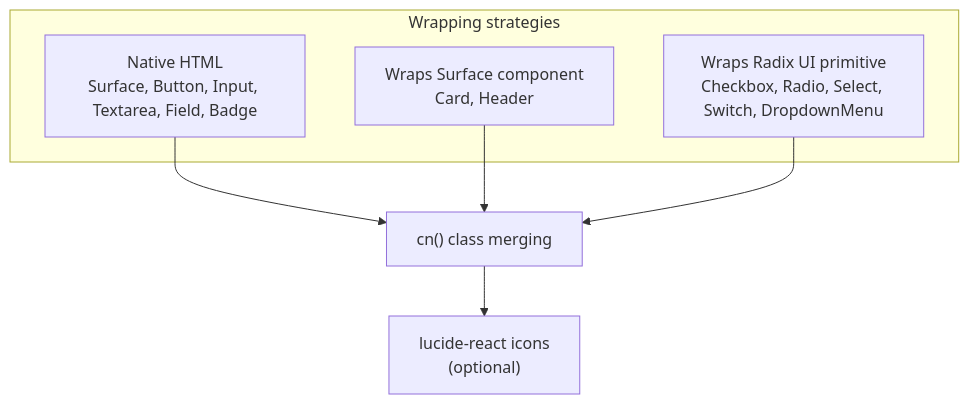
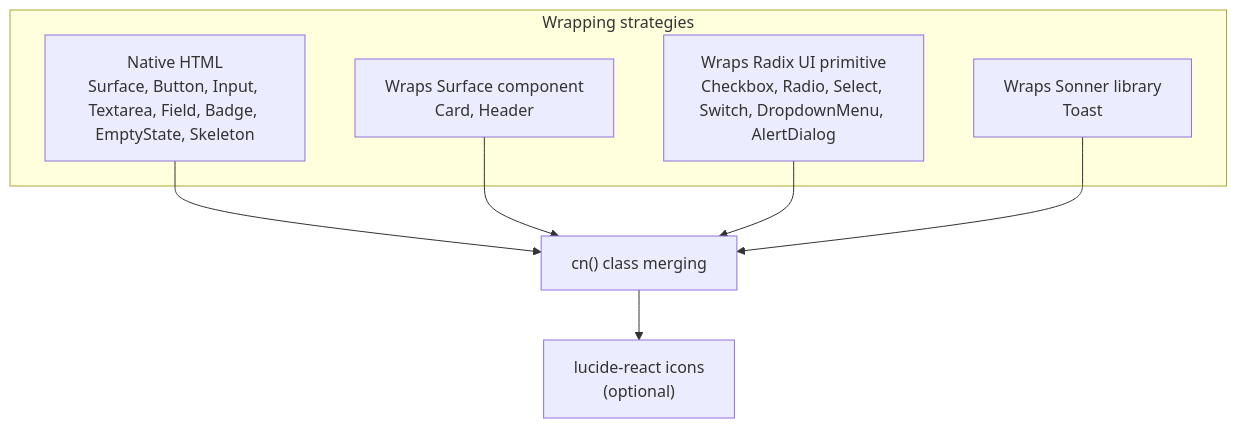
The sixth of 11 diagrams in .ai/ARCHITECTURE.md (fuadrifki/almaarif-jambi-plus), drawn with Mermaid before and after one commit. The commit also changed other lines of this file and 2 other files, not shown here.

````diff
--- a/.ai/ARCHITECTURE.md
+++ b/.ai/ARCHITECTURE.md
@@ -497,14 +497,16 @@
 ```mermaid
 graph TD
     subgraph "Wrapping strategies"
-        NATIVE["Native HTML<br/>Surface, Button, Input, Textarea, Field, Badge"]
+        NATIVE["Native HTML<br/>Surface, Button, Input, Textarea, Field, Badge, EmptyState, Skeleton"]
         SURFACE_WRAP["Wraps Surface component<br/>Card, Header"]
-        RADIX["Wraps Radix UI primitive<br/>Checkbox, Radio, Select, Switch, DropdownMenu"]
+        RADIX["Wraps Radix UI primitive<br/>Checkbox, Radio, Select, Switch, DropdownMenu, AlertDialog"]
+        SONNER_WRAP["Wraps Sonner library<br/>Toast"]
     end
 
     NATIVE --> CN["cn() class merging"]
     SURFACE_WRAP --> CN
     RADIX --> CN
+    SONNER_WRAP --> CN
 
     CN --> LU["lucide-react icons<br/>(optional)"]
 ```
````
